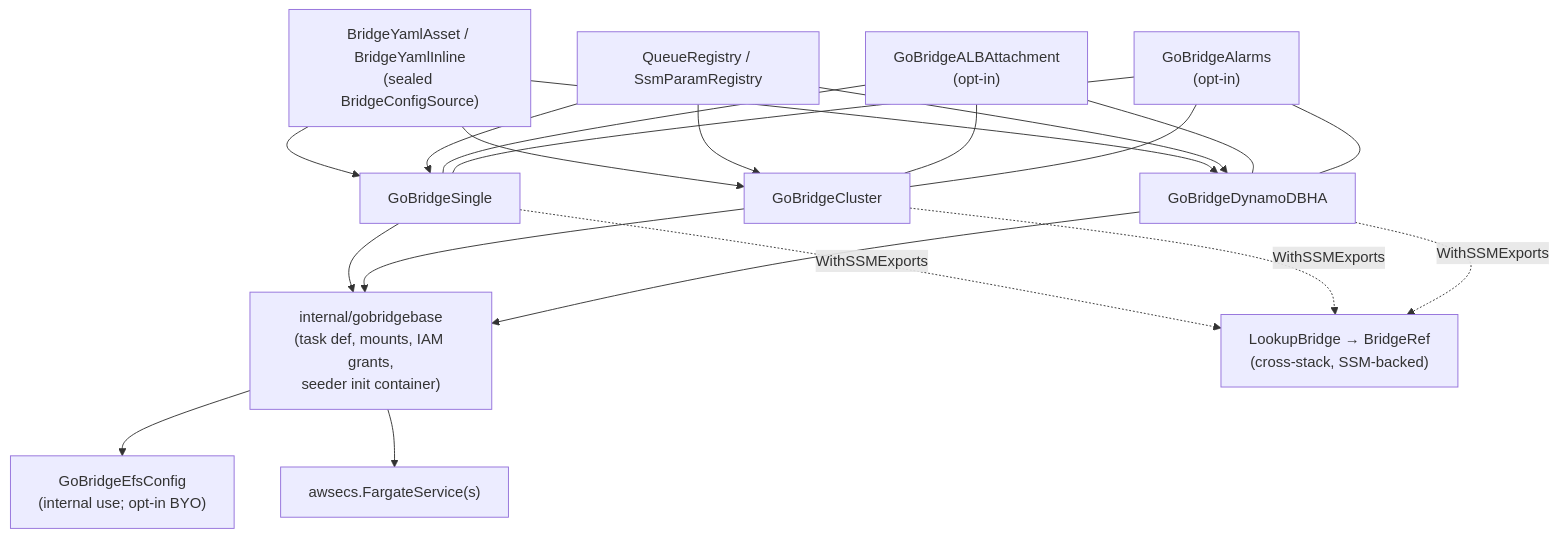
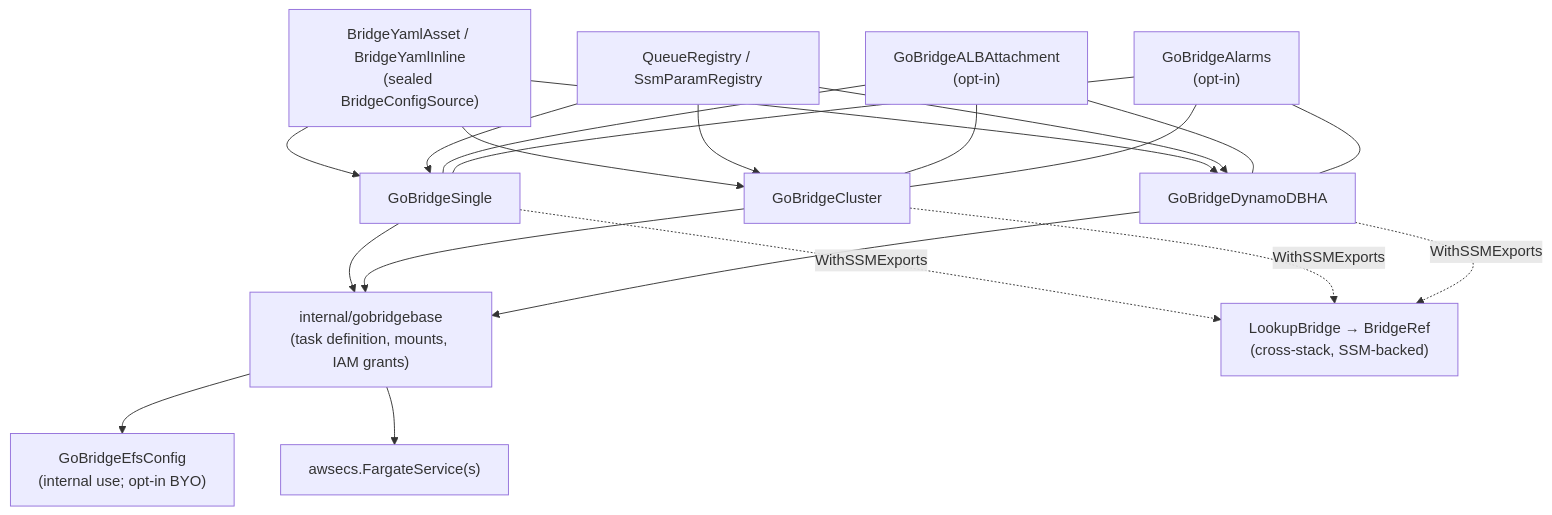
One commit to mariotoffia/gobridge changed the second of 4 diagrams in deployment/aws-filebased-config/ARCHITECTURE.md. Above: the diagram before and after it, drawn with Mermaid. The commit also changed other lines of this file and 48 other files, not shown here.

````diff
--- a/deployment/aws-filebased-config/ARCHITECTURE.md
+++ b/deployment/aws-filebased-config/ARCHITECTURE.md
@@ -60,35 +68,35 @@
 ```mermaid
 flowchart TB
     YAML["BridgeYamlAsset / BridgeYamlInline<br/>(sealed BridgeConfigSource)"]
     REG["QueueRegistry / SsmParamRegistry"]
     SINGLE["GoBridgeSingle"]
     CLUSTER["GoBridgeCluster"]
     HA["GoBridgeDynamoDBHA"]
     EFS["GoBridgeEfsConfig<br/>(internal use; opt-in BYO)"]
-    BASE["internal/gobridgebase<br/>(task def, mounts, IAM grants,<br/>seeder init container)"]
+    BASE["internal/gobridgebase<br/>(task definition, mounts, IAM grants)"]
     ECS["awsecs.FargateService(s)"]
     ALB["GoBridgeALBAttachment<br/>(opt-in)"]
     ALM["GoBridgeAlarms<br/>(opt-in)"]
     LOOKUP["LookupBridge → BridgeRef<br/>(cross-stack, SSM-backed)"]
 
     YAML --> SINGLE
     YAML --> CLUSTER
     YAML --> HA
     REG --> SINGLE
     REG --> CLUSTER
     REG --> HA
     SINGLE --> BASE
     CLUSTER --> BASE
     HA --> BASE
     BASE --> EFS
     BASE --> ECS
     SINGLE -. WithSSMExports .-> LOOKUP
     CLUSTER -. WithSSMExports .-> LOOKUP
     HA -. WithSSMExports .-> LOOKUP
     ALB --- SINGLE
     ALB --- CLUSTER
     ALB --- HA
     ALM --- SINGLE
     ALM --- CLUSTER
     ALM --- HA
 ```
````
